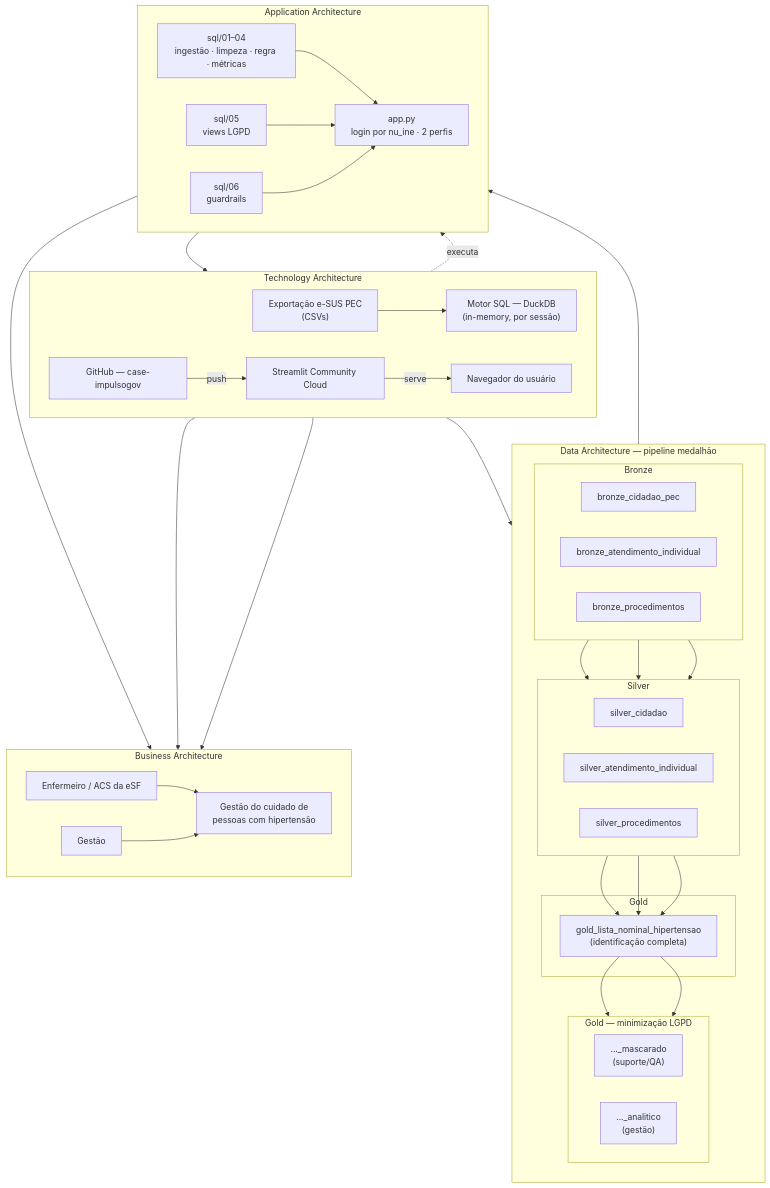
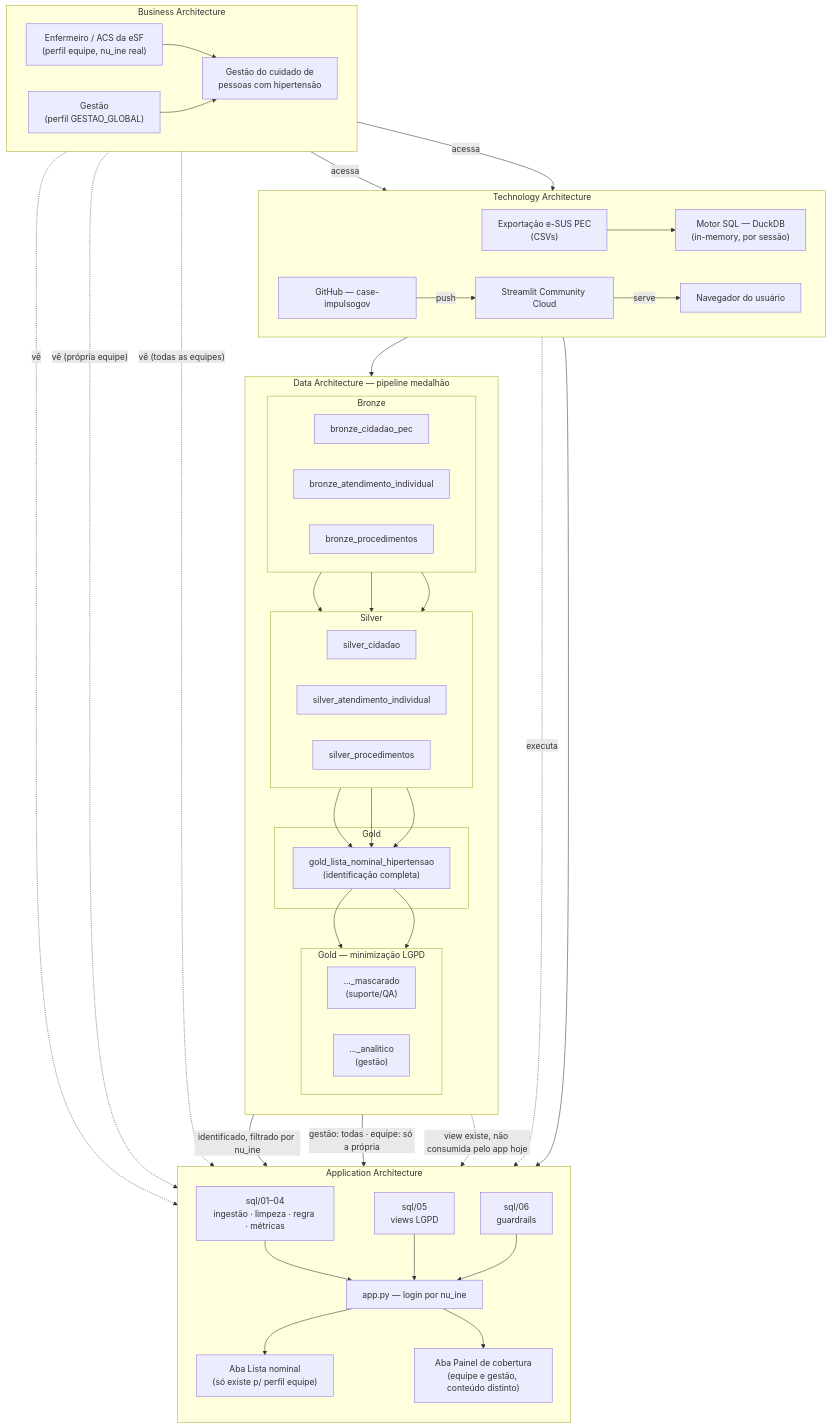
One commit to ShirleiAlexandrino/case-impulsogov changed the diagram in extras/arquitetura-togaf.md. Above: the diagram before and after it, drawn with Mermaid.

Commit message:
Corrige diagrama: acesso ao app agora reflete o controle por perfil
O diagrama anterior ligava Business -> App de forma generica, sem mostrar
que gestao so ve o Painel (nunca a Lista nominal) e que equipe ve os dois,
filtrados pelo proprio nu_ine. Corrige tambem a direcao do acesso (ator
aciona o browser, nao o contrario) e marca explicitamente que a view
..._mascarado existe no SQL mas nao e consumida pelo app hoje.

````diff
--- a/extras/arquitetura-togaf.md
+++ b/extras/arquitetura-togaf.md
@@ -74,30 +74,39 @@
     end
 
     subgraph APP["Application Architecture"]
-        direction LR
+        direction TB
         JOBS["sql/01–04<br/>ingestão · limpeza · regra · métricas"]
         PRIV["sql/05<br/>views LGPD"]
         GUARD["sql/06<br/>guardrails"]
-        STREAMLIT["app.py<br/>login por nu_ine · 2 perfis"]
+        STREAMLIT["app.py — login por nu_ine"]
+        LISTA["Aba Lista nominal<br/>(só existe p/ perfil equipe)"]
+        PAINEL["Aba Painel de cobertura<br/>(equipe e gestão, conteúdo distinto)"]
         JOBS --> STREAMLIT
         PRIV --> STREAMLIT
         GUARD --> STREAMLIT
+        STREAMLIT --> LISTA
+        STREAMLIT --> PAINEL
     end
 
     subgraph BIZ["Business Architecture"]
         direction LR
-        EQUIPE["Enfermeiro / ACS da eSF"]
-        GESTAO_ATOR["Gestão"]
+        EQUIPE["Enfermeiro / ACS da eSF<br/>(perfil equipe, nu_ine real)"]
+        GESTAO_ATOR["Gestão<br/>(perfil GESTAO_GLOBAL)"]
         SERVICO["Gestão do cuidado de<br/>pessoas com hipertensão"]
         EQUIPE --> SERVICO
         GESTAO_ATOR --> SERVICO
     end
 
     ENGINE --> DATA
-    DATA --> APP
     CLOUD -. executa .-> STREAMLIT
-    STREAMLIT --> ENGINE
-    BROWSER --> EQUIPE
-    BROWSER --> GESTAO_ATOR
-    APP --> BIZ
+    G1 -- "identificado, filtrado por nu_ine" --> LISTA
+    GA -- "gestão: todas · equipe: só a própria" --> PAINEL
+    GM -. "view existe, não consumida pelo app hoje" .-> STREAMLIT
+
+    EQUIPE -- "acessa" --> BROWSER
+    GESTAO_ATOR -- "acessa" --> BROWSER
+    BROWSER --> STREAMLIT
+    EQUIPE -. vê .-> LISTA
+    EQUIPE -. "vê (própria equipe)" .-> PAINEL
+    GESTAO_ATOR -. "vê (todas as equipes)" .-> PAINEL
 ```
````
